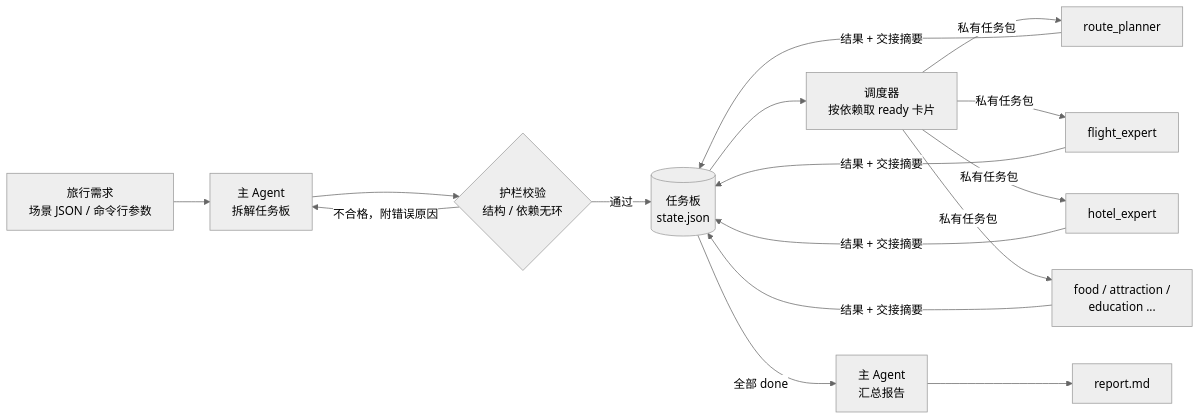
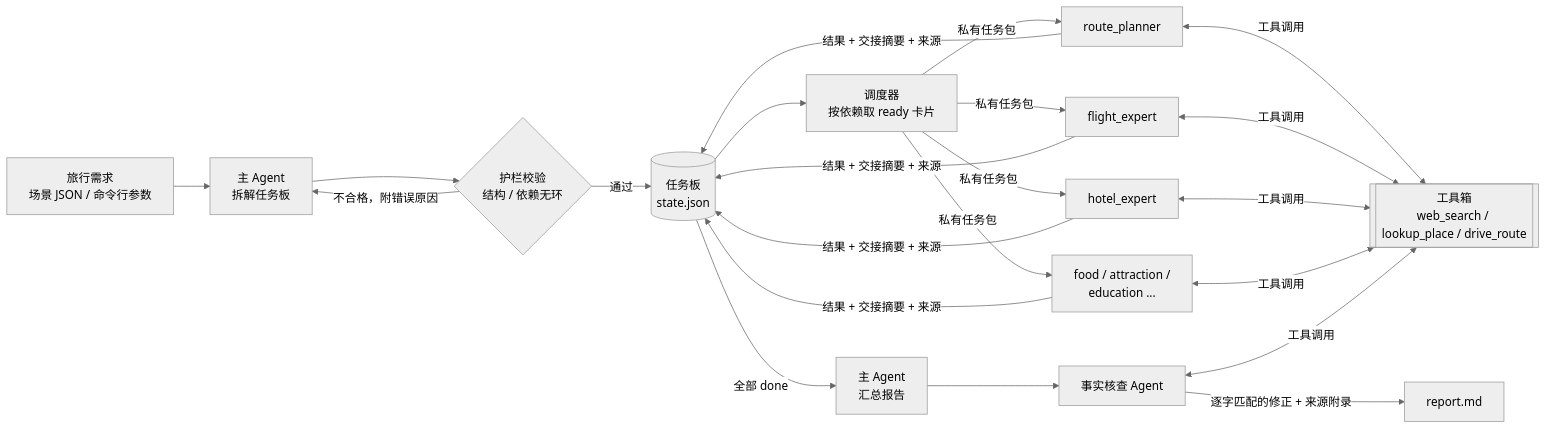
One commit to zhenyuduan98/multi-agent-travel-planner changed the first of 2 diagrams in README.md. Above: the diagram before and after it, drawn with Mermaid (neutral theme). The commit also changed other lines of this file and 13 other files, not shown here.

````diff
--- a/README.md
+++ b/README.md
@@ -134,15 +167,18 @@
 ```mermaid
 flowchart LR
     U[旅行需求<br/>场景 JSON / 命令行参数] --> P[主 Agent<br/>拆解任务板]
     P --> V{护栏校验<br/>结构 / 依赖无环}
     V -- 不合格，附错误原因 --> P
     V -- 通过 --> B[(任务板<br/>state.json)]
     B --> D[调度器<br/>按依赖取 ready 卡片]
     D -->|私有任务包| W1[route_planner]
     D -->|私有任务包| W2[flight_expert]
     D -->|私有任务包| W3[hotel_expert]
     D -->|私有任务包| W4[food / attraction /<br/>education ...]
-    W1 & W2 & W3 & W4 -->|结果 + 交接摘要| B
+    W1 & W2 & W3 & W4 <-->|工具调用| T[[工具箱<br/>web_search / lookup_place / drive_route]]
+    W1 & W2 & W3 & W4 -->|结果 + 交接摘要 + 来源| B
     B -->|全部 done| S[主 Agent<br/>汇总报告]
-    S --> R[report.md]
+    S --> F[事实核查 Agent]
+    F <-->|工具调用| T
+    F -->|逐字匹配的修正 + 来源附录| R[report.md]
 ```
````
